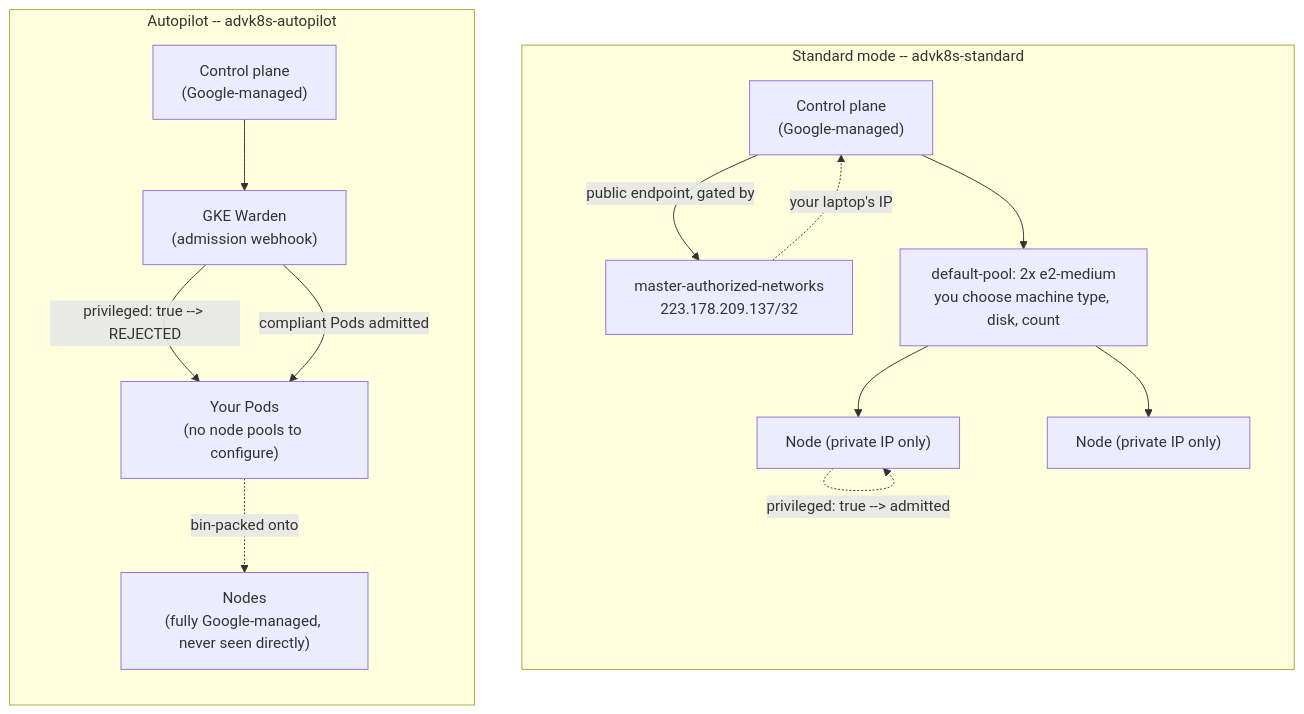
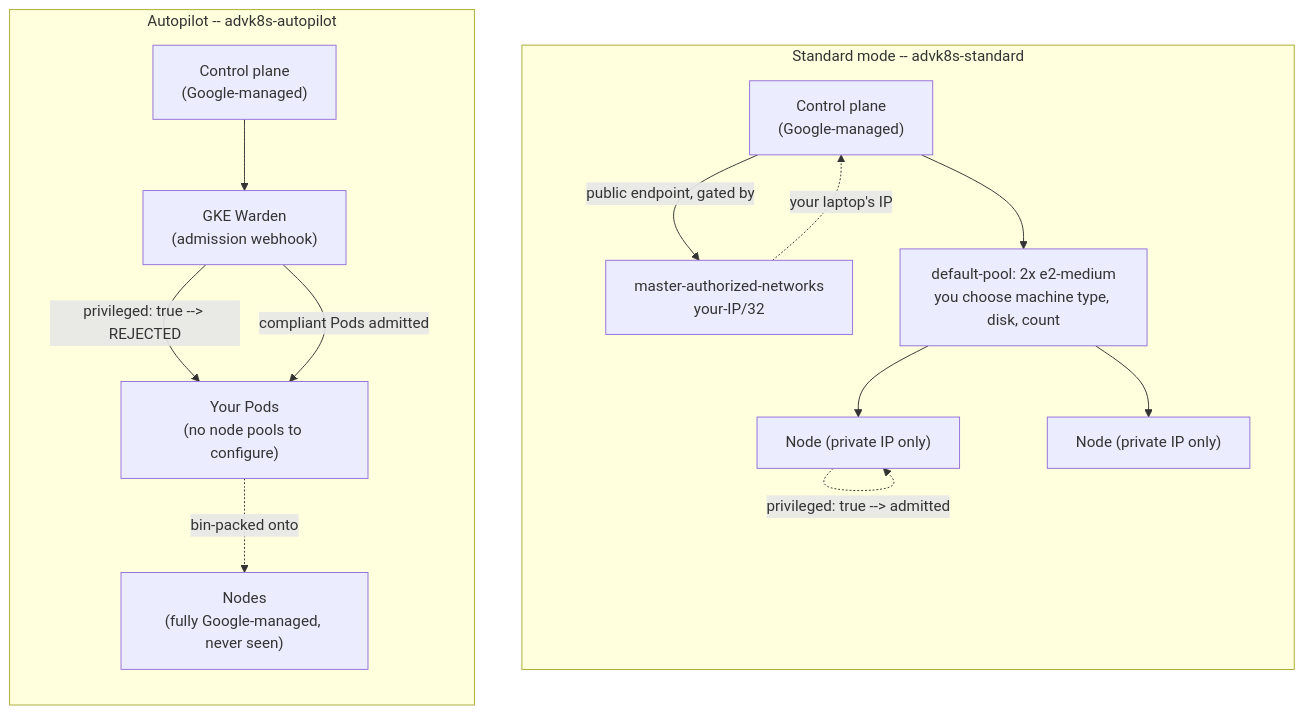
The diagram in lab-A-cluster-architecture.md (datacouch-io/Advanced_Kubernetes_Nutanix), drawn with Mermaid before and after one commit. The commit also changed other lines of this file and 320 other files, not shown here.

````diff
--- a/lab-A-cluster-architecture.md
+++ b/lab-A-cluster-architecture.md
@@ -38,28 +46,28 @@
 ```mermaid
 flowchart TB
     subgraph STD["Standard mode -- advk8s-standard"]
         direction TB
         CP1["Control plane<br/>(Google-managed)"]
-        AN["master-authorized-networks<br/>223.178.209.137/32"]
+        AN["master-authorized-networks<br/>your-IP/32"]
         NP["default-pool: 2x e2-medium<br/>you choose machine type, disk, count"]
         N1["Node (private IP only)"]
         N2["Node (private IP only)"]
         CP1 -- "public endpoint, gated by" --> AN
         AN -. "your laptop's IP" .-> CP1
         CP1 --> NP
         NP --> N1 & N2
         N1 -. "privileged: true --&gt; admitted" .-> N1
     end
 
     subgraph AUTO["Autopilot -- advk8s-autopilot"]
         direction TB
         CP2["Control plane<br/>(Google-managed)"]
         WARDEN["GKE Warden<br/>(admission webhook)"]
         PODS["Your Pods<br/>(no node pools to configure)"]
-        MN["Nodes<br/>(fully Google-managed, never seen directly)"]
+        MN["Nodes<br/>(fully Google-managed, never seen)"]
         CP2 --> WARDEN
         WARDEN -- "privileged: true --&gt; REJECTED" --> PODS
         WARDEN -- "compliant Pods admitted" --> PODS
         PODS -.->|"bin-packed onto"| MN
     end
 ```
````
